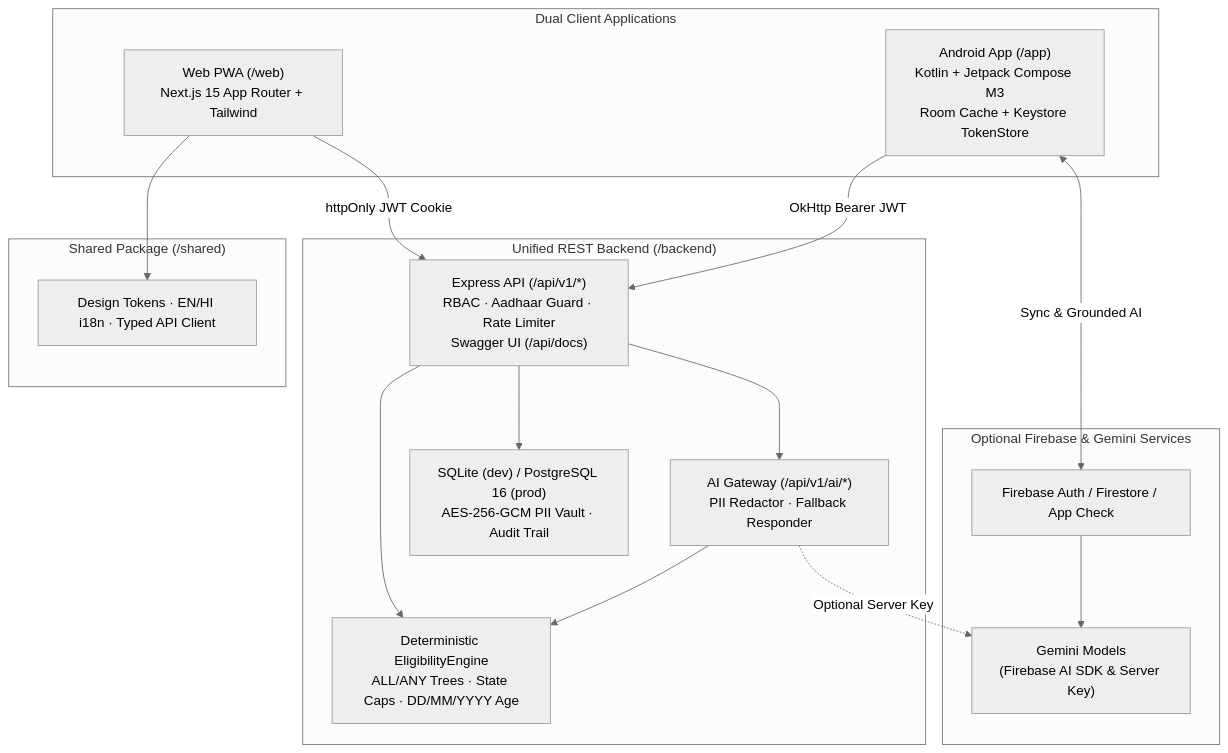
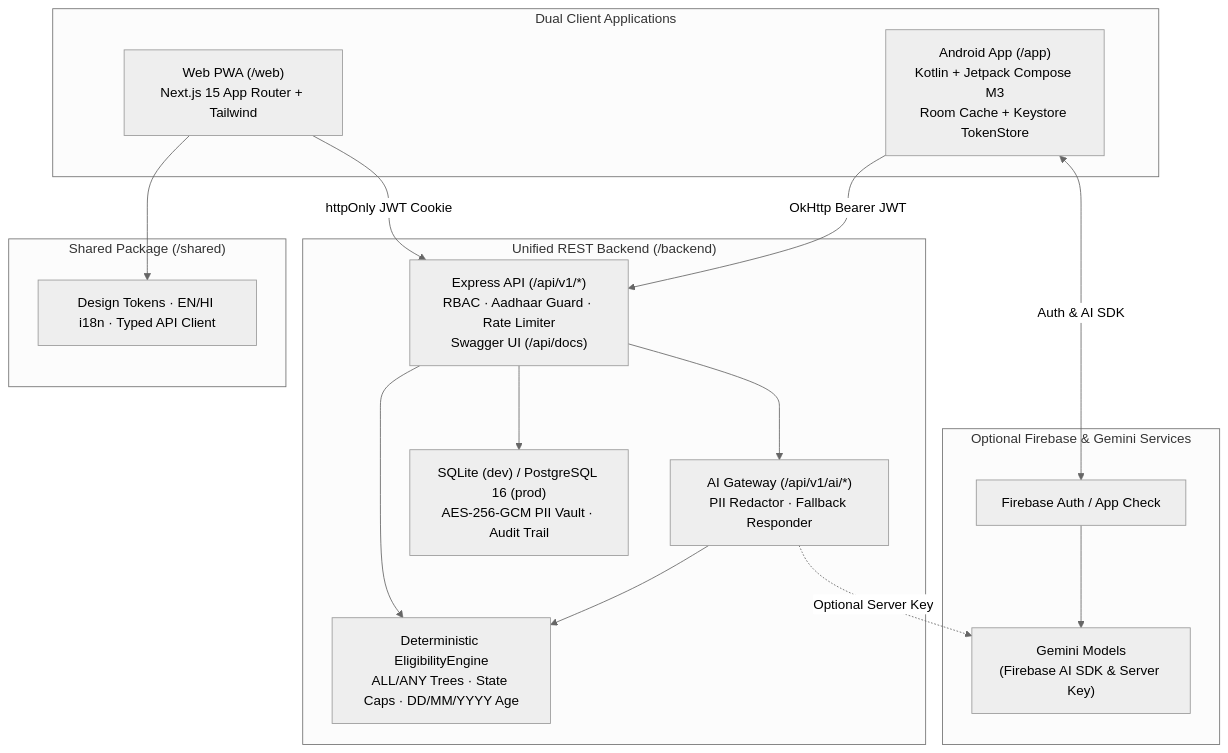
Before and after one commit to ENTRYDOWN99/scheme-sathi: the diagram in README.md, drawn with Mermaid (neutral theme). The commit also changed other lines of this file and 40 other files, not shown here.

````diff
--- a/README.md
+++ b/README.md
@@ -62,34 +62,34 @@
 ```mermaid
 flowchart TD
     subgraph Clients ["Dual Client Applications"]
         WEB["Web PWA (/web)\nNext.js 15 App Router + Tailwind"]
         AND["Android App (/app)\nKotlin + Jetpack Compose M3\nRoom Cache + Keystore TokenStore"]
     end
 
     subgraph Shared ["Shared Package (/shared)"]
         SH["Design Tokens · EN/HI i18n · Typed API Client"]
     end
 
     subgraph Backend ["Unified REST Backend (/backend)"]
         API["Express API (/api/v1/*)\nRBAC · Aadhaar Guard · Rate Limiter\nSwagger UI (/api/docs)"]
         ENG["Deterministic EligibilityEngine\nALL/ANY Trees · State Caps · DD/MM/YYYY Age"]
         DB["SQLite (dev) / PostgreSQL 16 (prod)\nAES-256-GCM PII Vault · Audit Trail"]
         AISRV["AI Gateway (/api/v1/ai/*)\nPII Redactor · Fallback Responder"]
     end
 
     subgraph Cloud ["Optional Firebase & Gemini Services"]
-        FB["Firebase Auth / Firestore / App Check"]
+        FB["Firebase Auth / App Check"]
         GEM["Gemini Models\n(Firebase AI SDK & Server Key)"]
     end
 
     WEB --> SH
     WEB -->|httpOnly JWT Cookie| API
     AND -->|OkHttp Bearer JWT| API
-    AND <-->|Sync & Grounded AI| FB
+    AND <-->|Auth & AI SDK| FB
     FB --> GEM
     API --> ENG
     API --> DB
     API --> AISRV
     AISRV --> ENG
     AISRV -.->|Optional Server Key| GEM
 ```
````
